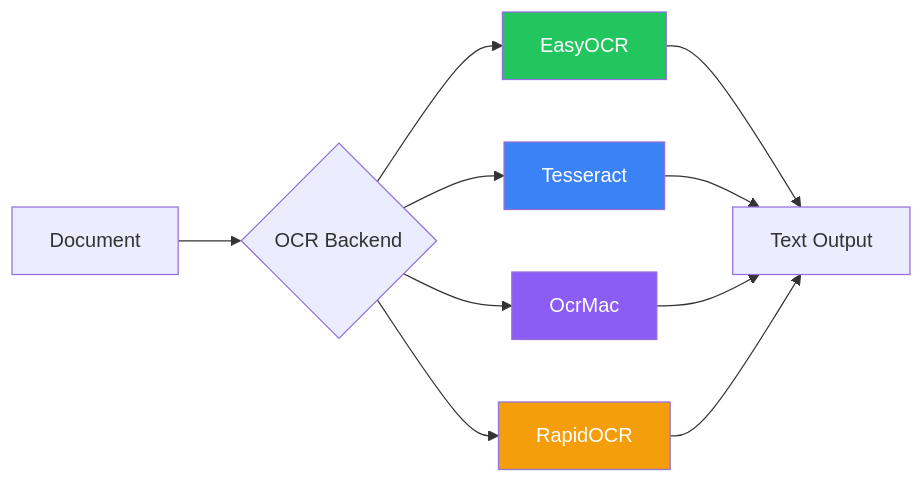
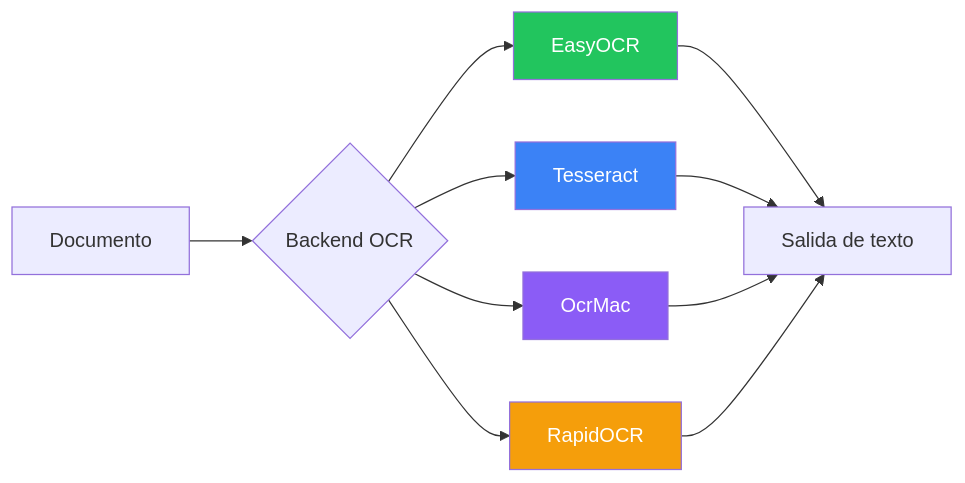
One commit to duckling-ui/duckling changed the eighth of 8 diagrams in docs/es/architecture/diagrams.md. Above: the diagram before and after it, drawn with Mermaid. The commit also changed other lines of this file and 133 other files, not shown here.

````diff
--- a/docs/es/architecture/diagrams.md
+++ b/docs/es/architecture/diagrams.md
@@ -215,19 +215,19 @@
 ```mermaid
 graph LR
-    Input[Document] --> OCR{OCR Backend}
+    Input[Documento] --> OCR{Backend OCR}
 
     OCR --> Easy[EasyOCR]
     OCR --> Tess[Tesseract]
     OCR --> Mac[OcrMac]
     OCR --> Rapid[RapidOCR]
 
-    Easy --> Out[Text Output]
+    Easy --> Out[Salida de texto]
     Tess --> Out
     Mac --> Out
     Rapid --> Out
 
     style Easy fill:#22c55e,color:#fff
     style Tess fill:#3b82f6,color:#fff
     style Mac fill:#8b5cf6,color:#fff
     style Rapid fill:#f59e0b,color:#fff
 ```
````
